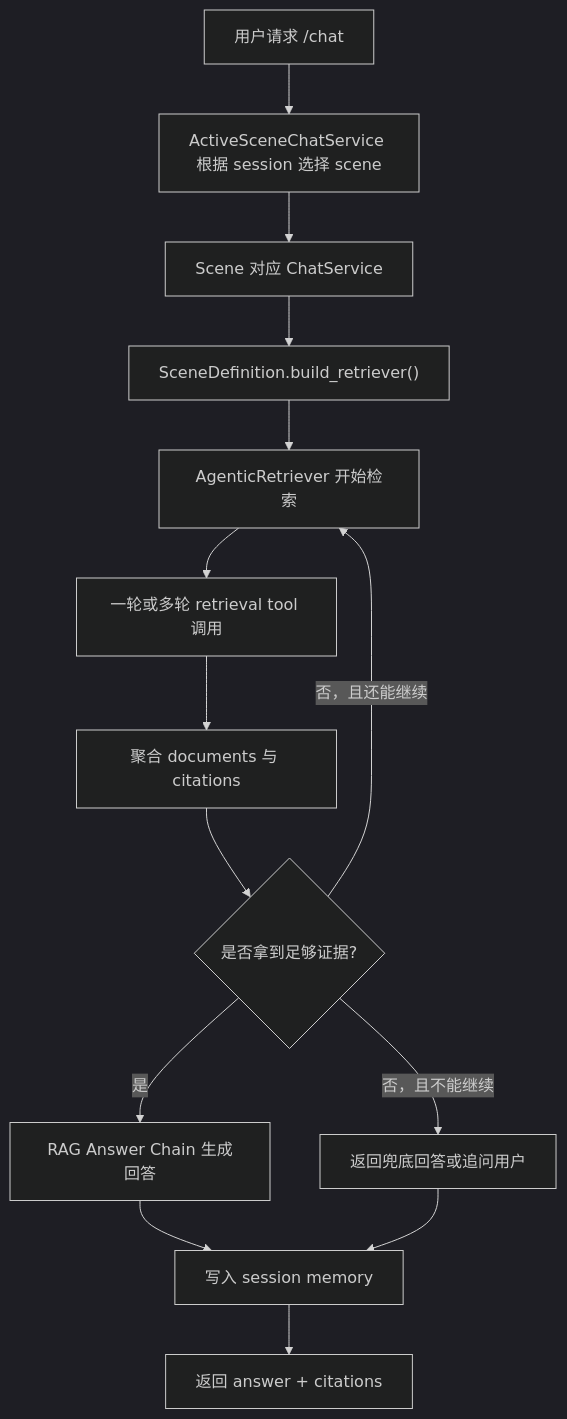
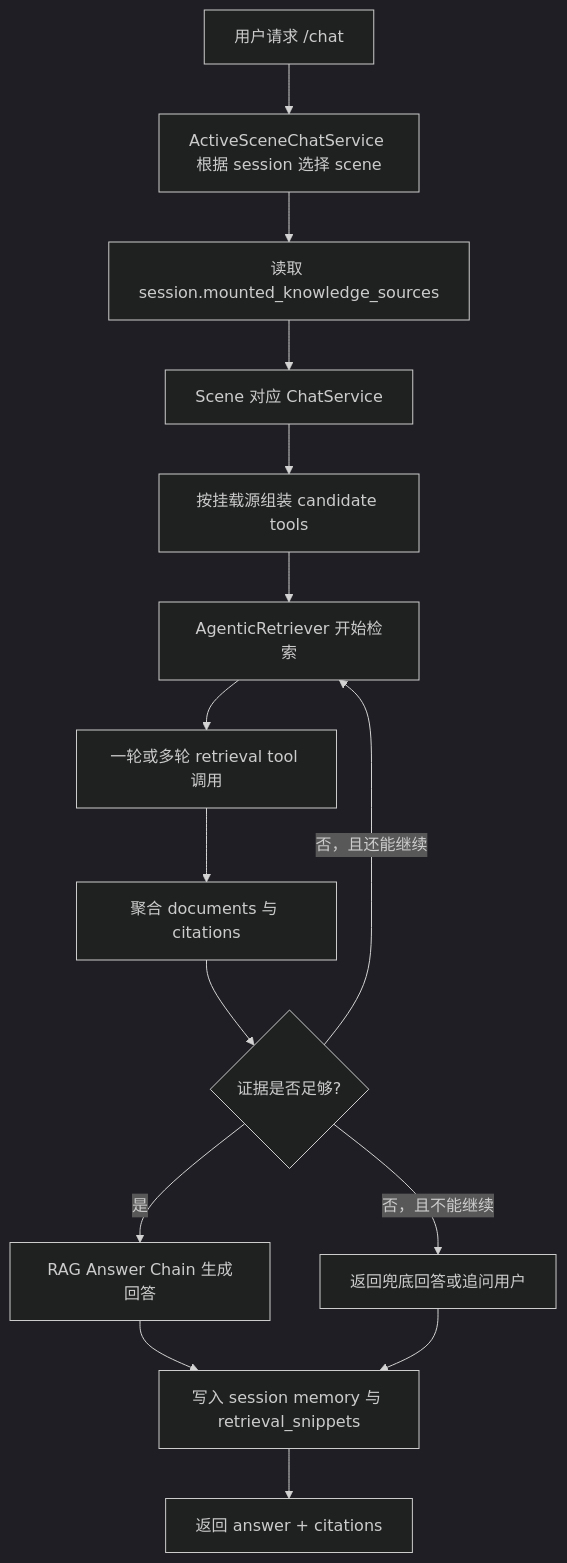
Before and after one commit to John-zzy/Agentic-RAG-Project: the first of 3 diagrams in docs/agentic_rag.md, drawn with Mermaid (dark theme). The commit also changed other lines of this file, not shown here.

````diff
--- a/docs/agentic_rag.md
+++ b/docs/agentic_rag.md
@@ -57,16 +58,17 @@
 ```mermaid
 flowchart TD
     A["用户请求 /chat"] --> B["ActiveSceneChatService 根据 session 选择 scene"]
-    B --> C["Scene 对应 ChatService"]
-    C --> D["SceneDefinition.build_retriever()"]
-    D --> E["AgenticRetriever 开始检索"]
-    E --> F["一轮或多轮 retrieval tool 调用"]
-    F --> G["聚合 documents 与 citations"]
-    G --> H{"是否拿到足够证据?"}
-    H -- "是" --> I["RAG Answer Chain 生成回答"]
-    H -- "否，且还能继续" --> E
-    H -- "否，且不能继续" --> J["返回兜底回答或追问用户"]
-    I --> K["写入 session memory"]
-    J --> K
-    K --> L["返回 answer + citations"]
+    B --> C["读取 session.mounted_knowledge_sources"]
+    C --> D["Scene 对应 ChatService"]
+    D --> E["按挂载源组装 candidate tools"]
+    E --> F["AgenticRetriever 开始检索"]
+    F --> G["一轮或多轮 retrieval tool 调用"]
+    G --> H["聚合 documents 与 citations"]
+    H --> I{"证据是否足够?"}
+    I -- "是" --> J["RAG Answer Chain 生成回答"]
+    I -- "否，且还能继续" --> F
+    I -- "否，且不能继续" --> K["返回兜底回答或追问用户"]
+    J --> L["写入 session memory 与 retrieval_snippets"]
+    K --> L
+    L --> M["返回 answer + citations"]
 ```
````
